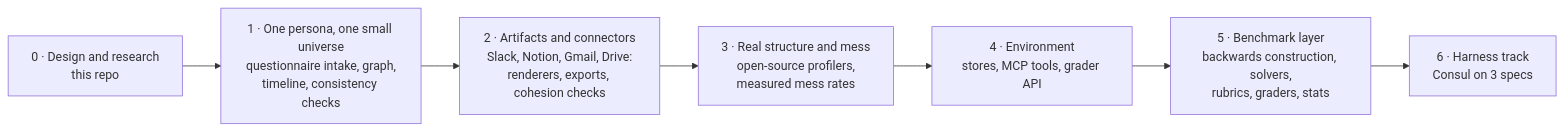
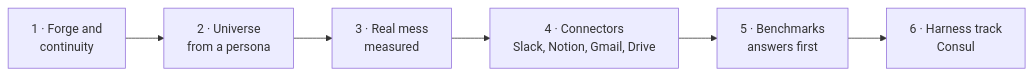
Before and after one commit to nbdesai1992/orbifex: the tenth of 10 diagrams in README.md, drawn with Mermaid. The commit also changed other lines of this file and 6 other files, not shown here.

````diff
--- a/README.md
+++ b/README.md
@@ -599,9 +448,8 @@
 ```mermaid
 flowchart LR
-  P0["0 · Design and research<br/>this repo"] --> P1["1 · One persona, one small universe<br/>questionnaire intake, graph,<br/>timeline, consistency checks"]
-  P1 --> P2["2 · Artifacts and connectors<br/>Slack, Notion, Gmail, Drive:<br/>renderers, exports, cohesion checks"]
-  P2 --> P3["3 · Real structure and mess<br/>open-source profilers,<br/>measured mess rates"]
-  P3 --> P4["4 · Environment<br/>stores, MCP tools, grader API"]
-  P4 --> P5["5 · Benchmark layer<br/>backwards construction, solvers,<br/>rubrics, graders, stats"]
-  P5 --> P6["6 · Harness track<br/>Consul on 3 specs"]
+  P1["1 · Forge and<br/>continuity"] --> P2["2 · Universe<br/>from a persona"]
+  P2 --> P3["3 · Real mess<br/>measured"]
+  P3 --> P4["4 · Connectors<br/>Slack, Notion, Gmail, Drive"]
+  P4 --> P5["5 · Benchmarks<br/>answers first"]
+  P5 --> P6["6 · Harness track<br/>Consul"]
 ```
````
